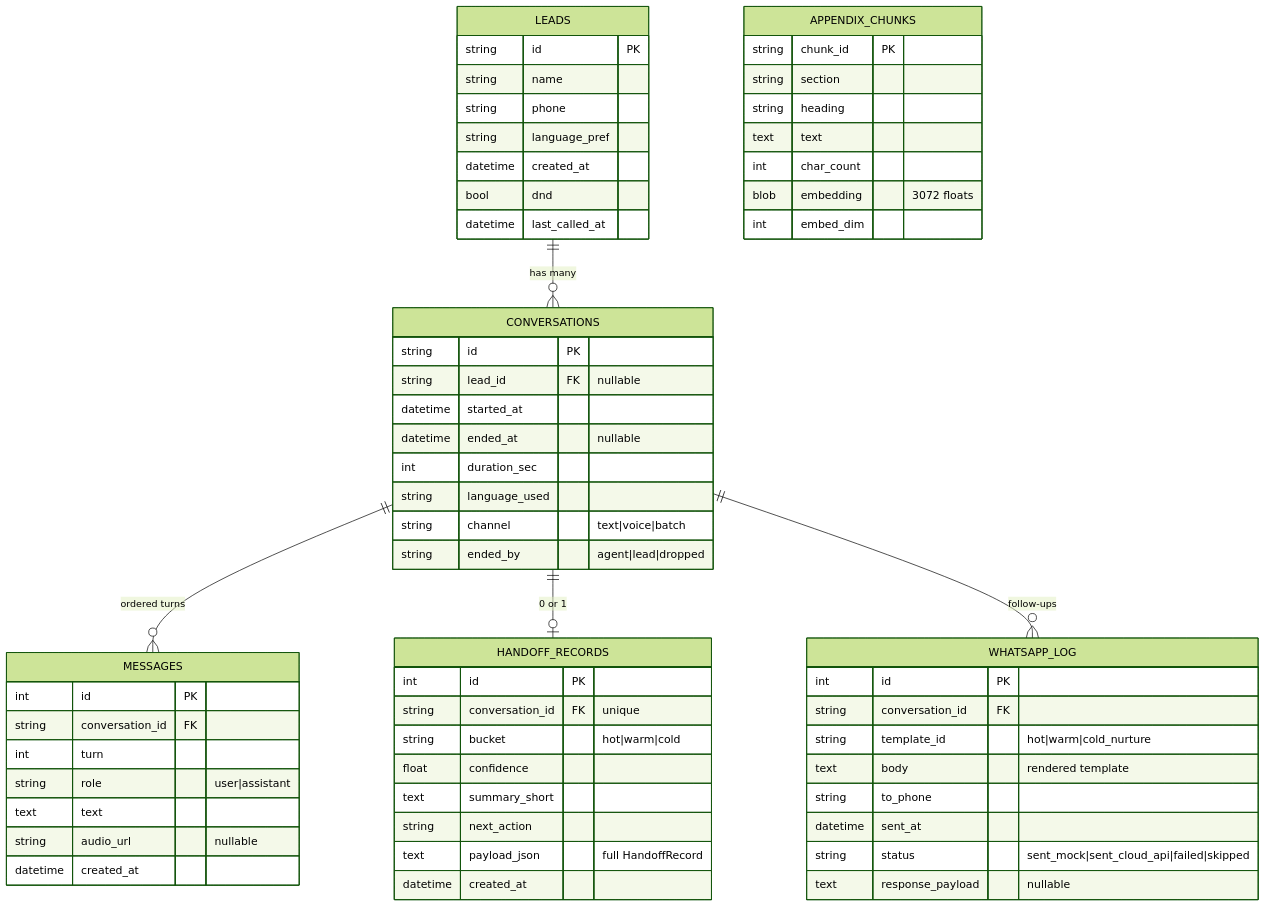
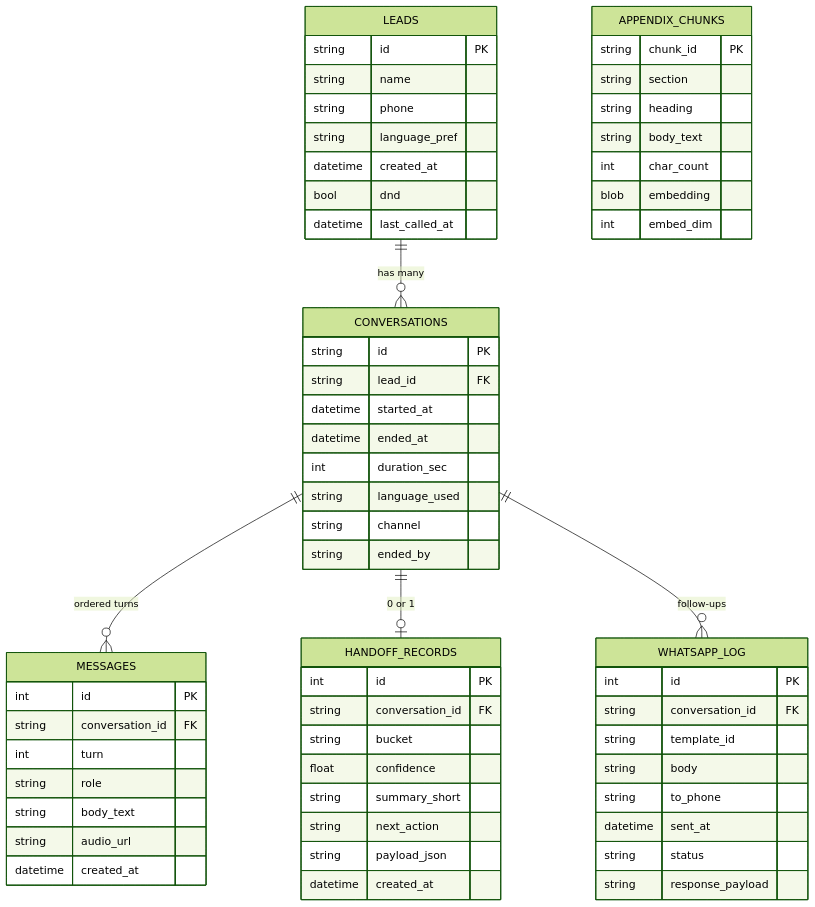
One commit to AmanG-04/rupeezy-voice-agent changed the seventh of 10 diagrams in ARCHITECTURE.md. Above: the diagram before and after it, drawn with Mermaid (forest theme). The commit also changed other lines of this file, not shown here.

First line of the commit message:
docs: fix Mermaid render errors in ARCHITECTURE.md

````diff
--- a/ARCHITECTURE.md
+++ b/ARCHITECTURE.md
@@ -348,69 +348,70 @@
 ```mermaid
 erDiagram
     LEADS ||--o{ CONVERSATIONS : "has many"
     CONVERSATIONS ||--o{ MESSAGES : "ordered turns"
     CONVERSATIONS ||--o| HANDOFF_RECORDS : "0 or 1"
     CONVERSATIONS ||--o{ WHATSAPP_LOG : "follow-ups"
+
     APPENDIX_CHUNKS {
         string chunk_id PK
         string section
         string heading
-        text   text
-        int    char_count
-        blob   embedding "3072 floats"
-        int    embed_dim
+        string body_text
+        int char_count
+        blob embedding
+        int embed_dim
     }
 
     LEADS {
-        string   id PK
-        string   name
-        string   phone
-        string   language_pref
+        string id PK
+        string name
+        string phone
+        string language_pref
         datetime created_at
-        bool     dnd
+        bool dnd
         datetime last_called_at
     }
 
     CONVERSATIONS {
-        string   id PK
-        string   lead_id FK "nullable"
+        string id PK
+        string lead_id FK
         datetime started_at
-        datetime ended_at "nullable"
-        int      duration_sec
-        string   language_used
-        string   channel "text|voice|batch"
-        string   ended_by "agent|lead|dropped"
+        datetime ended_at
+        int duration_sec
+        string language_used
+        string channel
+        string ended_by
     }
 
     MESSAGES {
-        int      id PK
-        string   conversation_id FK
-        int      turn
-        string   role "user|assistant"
-        text     text
-        string   audio_url "nullable"
+        int id PK
+        string conversation_id FK
+        int turn
+        string role
+        string body_text
+        string audio_url
         datetime created_at
     }
 
     HANDOFF_RECORDS {
-        int      id PK
-        string   conversation_id FK "unique"
-        string   bucket "hot|warm|cold"
-        float    confidence
-        text     summary_short
-        string   next_action
-        text     payload_json "full HandoffRecord"
+        int id PK
+        string conversation_id FK
+        string bucket
+        float confidence
+        string summary_short
+        string next_action
+        string payload_json
         datetime created_at
     }
 
     WHATSAPP_LOG {
-        int      id PK
-        string   conversation_id FK
-        string   template_id "hot|warm|cold_nurture"
-        text     body "rendered template"
-        string   to_phone
+        int id PK
+        string conversation_id FK
+        string template_id
+        string body
+        string to_phone
         datetime sent_at
-        string   status "sent_mock|sent_cloud_api|failed|skipped"
-        text     response_payload "nullable"
+        string status
+        string response_payload
     }
 ```
````
